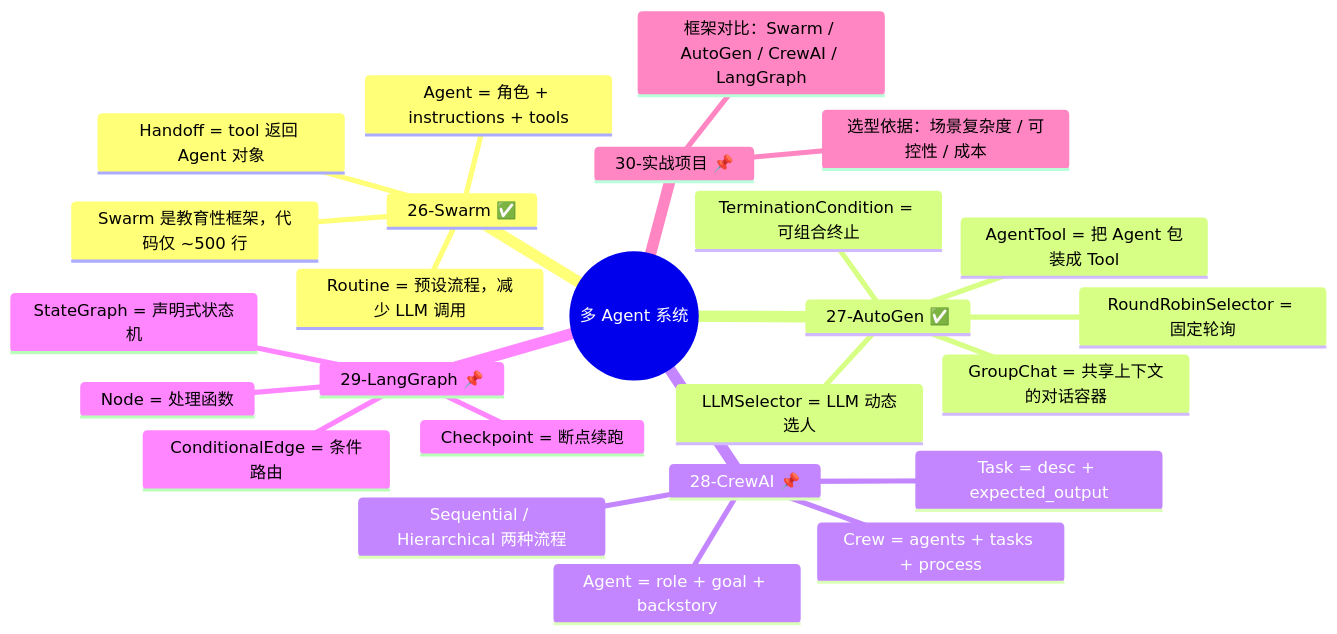
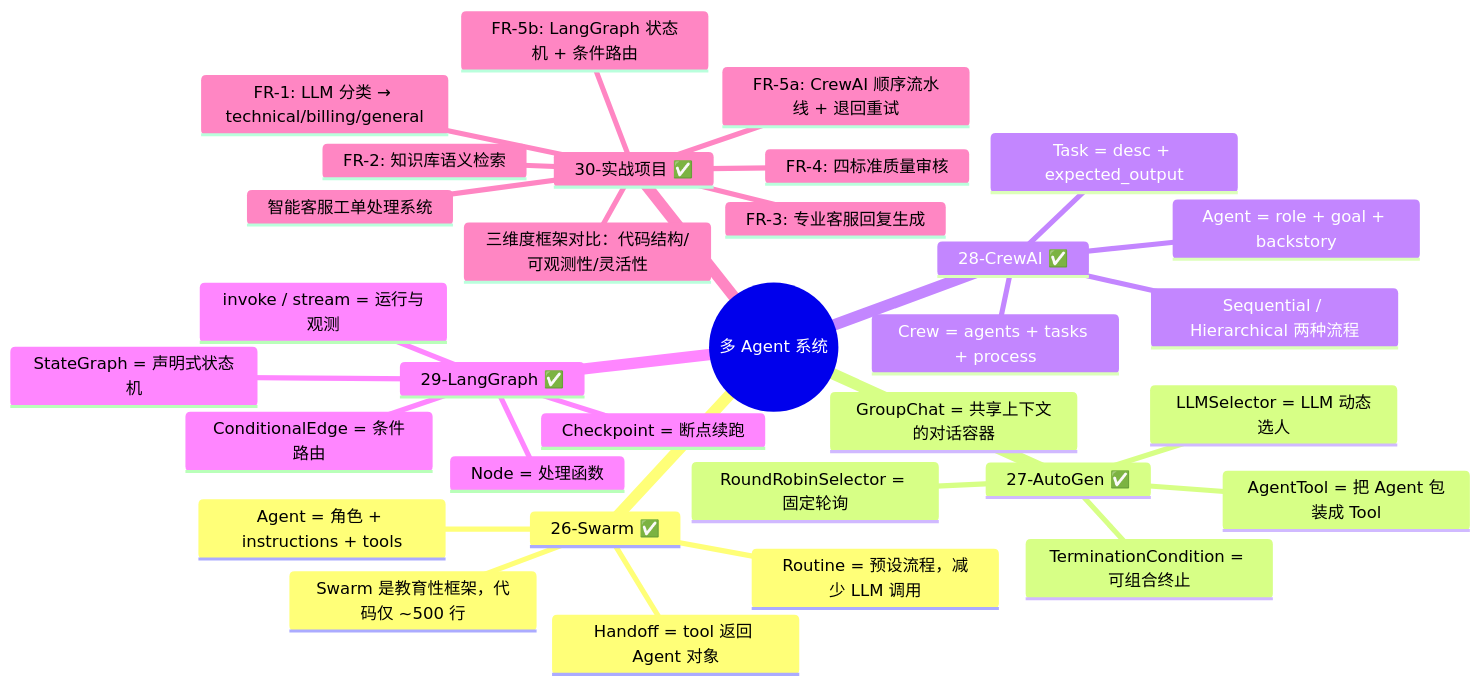
Before and after one commit to Blackarubbish/learning-agent: the diagram in learning/stage6-multi-agent/mindmap.md, drawn with Mermaid. The commit also changed 8 other files, not shown here.

````diff
--- a/learning/stage6-multi-agent/mindmap.md
+++ b/learning/stage6-multi-agent/mindmap.md
@@ -3,28 +3,35 @@
 ```mermaid
 mindmap
   root((多 Agent 系统))
     26-Swarm ✅
       Agent = 角色 + instructions + tools
       Handoff = tool 返回 Agent 对象
       Routine = 预设流程，减少 LLM 调用
       Swarm 是教育性框架，代码仅 ~500 行
     27-AutoGen ✅
       GroupChat = 共享上下文的对话容器
       RoundRobinSelector = 固定轮询
       LLMSelector = LLM 动态选人
       TerminationCondition = 可组合终止
       AgentTool = 把 Agent 包装成 Tool
-    28-CrewAI 📌
+    28-CrewAI ✅
       Agent = role + goal + backstory
       Task = desc + expected_output
       Crew = agents + tasks + process
       Sequential / Hierarchical 两种流程
-    29-LangGraph 📌
+    29-LangGraph ✅
       StateGraph = 声明式状态机
       Node = 处理函数
       ConditionalEdge = 条件路由
       Checkpoint = 断点续跑
-    30-实战项目 📌
-      框架对比：Swarm / AutoGen / CrewAI / LangGraph
-      选型依据：场景复杂度 / 可控性 / 成本
+      invoke / stream = 运行与观测
+    30-实战项目 ✅
+      智能客服工单处理系统
+      FR-1: LLM 分类 → technical/billing/general
+      FR-2: 知识库语义检索
+      FR-3: 专业客服回复生成
+      FR-4: 四标准质量审核
+      FR-5a: CrewAI 顺序流水线 + 退回重试
+      FR-5b: LangGraph 状态机 + 条件路由
+      三维度框架对比：代码结构/可观测性/灵活性
 ```
````
